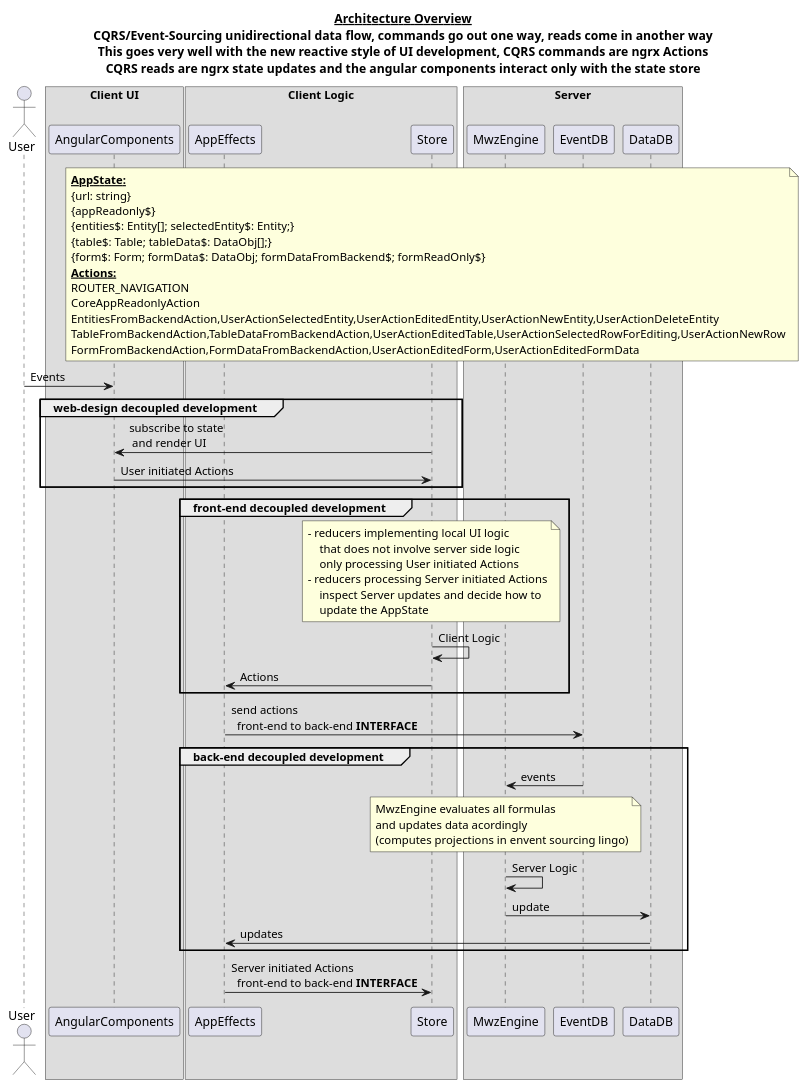
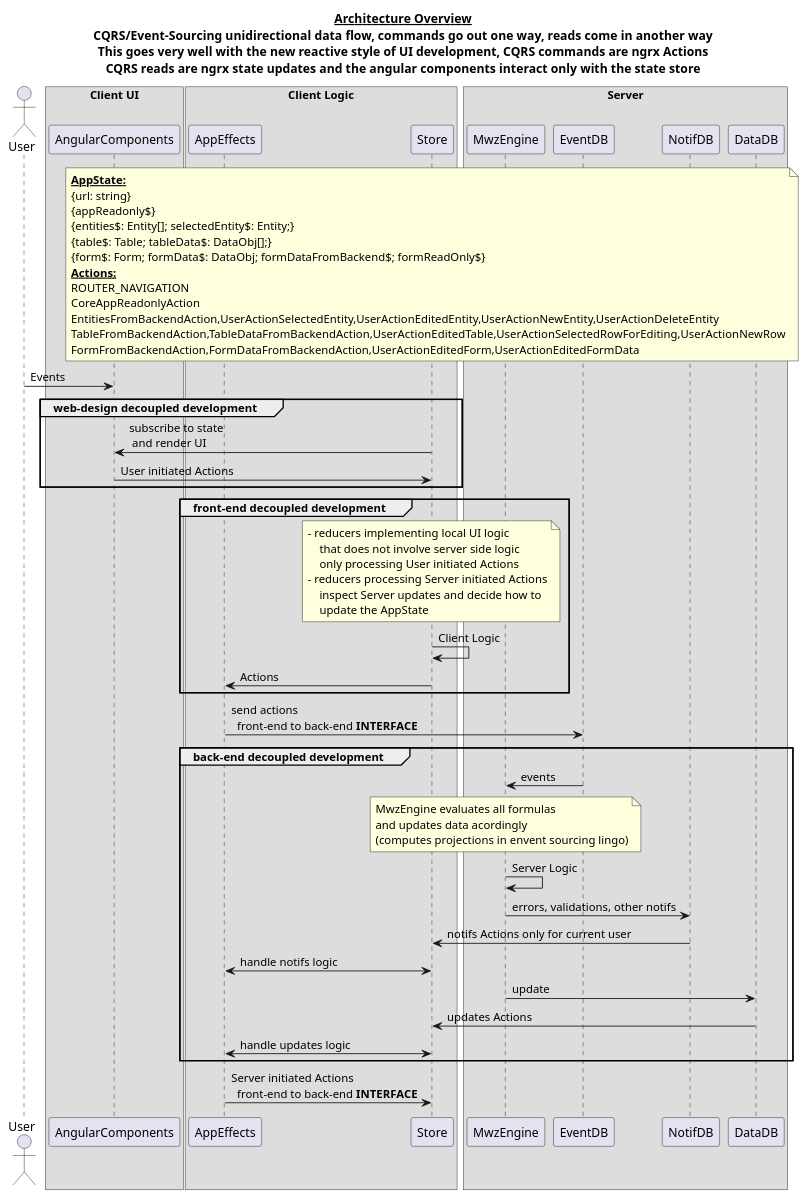
The diagram in docs/architecture.puml (formuladb/poc1), drawn with PlantUML before and after one commit. The commit also changed 11 other files, not shown here.

```diff
--- a/docs/architecture.puml
+++ b/docs/architecture.puml
@@ -1,76 +1,81 @@
 @startuml architecture
 
 title __Architecture Overview__\n\
 CQRS/Event-Sourcing unidirectional data flow, commands go out one way, reads come in another way\n\
 This goes very well with the new reactive style of UI development, CQRS commands are ngrx Actions\n\
 CQRS reads are ngrx state updates and the angular components interact only with the state store
 
 actor User
 box "Client UI"
     participant AngularComponents
 end box
 box "Client Logic"
     participant AppEffects
     participant Store
 end box
 box "Server"
     participant MwzEngine
     participant EventDB
+    participant NotifDB
     participant DataDB
 end box
 
 note over Store
 **__AppState:__**
 {url: string}
 {appReadonly$}
 {entities$: Entity[]; selectedEntity$: Entity;}
 {table$: Table; tableData$: DataObj[];}
 {form$: Form; formData$: DataObj; formDataFromBackend$; formReadOnly$}
 **__Actions:__**
 ROUTER_NAVIGATION
 CoreAppReadonlyAction
 EntitiesFromBackendAction,UserActionSelectedEntity,UserActionEditedEntity,UserActionNewEntity,UserActionDeleteEntity
 TableFromBackendAction,TableDataFromBackendAction,UserActionEditedTable,UserActionSelectedRowForEditing,UserActionNewRow
 FormFromBackendAction,FormDataFromBackendAction,UserActionEditedForm,UserActionEditedFormData
 end note
 
 User -> AngularComponents: Events
 
 group web-design decoupled development
     AngularComponents <- Store: subscribe to state\n and render UI
     AngularComponents -> Store: User initiated Actions
 end
 
 group front-end decoupled development
     note over Store
     - reducers implementing local UI logic
         that does not involve server side logic
         only processing User initiated Actions
     - reducers processing Server initiated Actions
         inspect Server updates and decide how to 
         update the AppState
     end note
     Store -> Store: Client Logic
     Store -> AppEffects: Actions
 end
 
 AppEffects -> EventDB: send actions\n\
   front-end to back-end **INTERFACE**
 
 group back-end decoupled development
 
     EventDB -> MwzEngine: events
     note over MwzEngine
     MwzEngine evaluates all formulas
     and updates data acordingly
     (computes projections in envent sourcing lingo)
     end note
     MwzEngine -> MwzEngine: Server Logic
+    MwzEngine -> NotifDB: errors, validations, other notifs
+    NotifDB -> Store: notifs Actions only for current user
+    AppEffects <-> Store: handle notifs logic
     MwzEngine -> DataDB: update
-    DataDB -> AppEffects: updates
+    DataDB -> Store: updates Actions
+    AppEffects <-> Store: handle updates logic
 end
 
 AppEffects -> Store: Server initiated Actions\n\
   front-end to back-end **INTERFACE**
 
 @enduml
```
